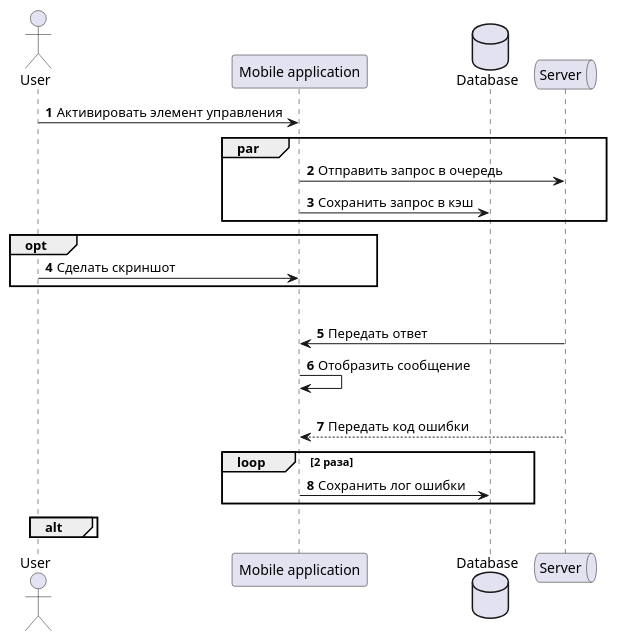
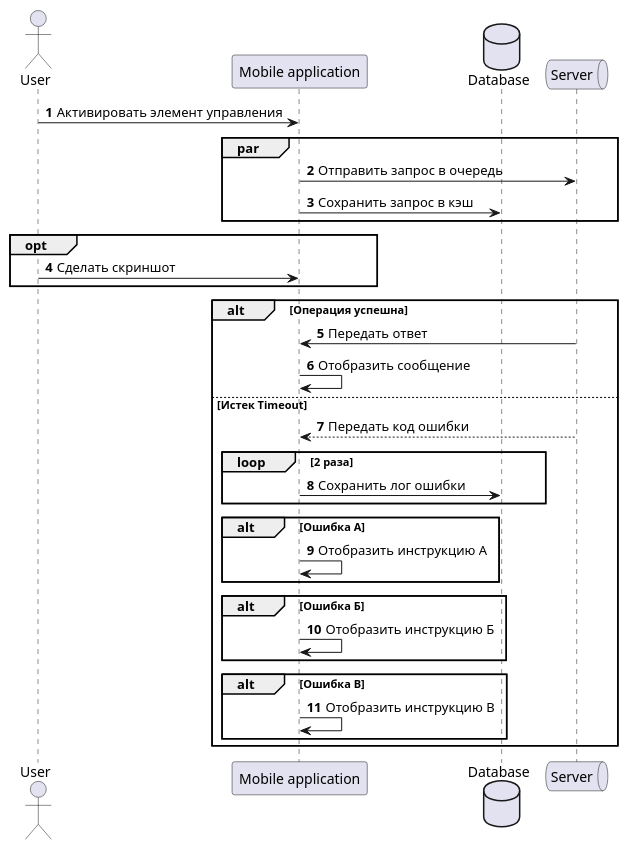
The second of 2 diagrams in Notes/Notes/Системная аналитика/Курсы от нетологии/Раздел 3. Анализ требований/9. Диаграммы деятельности и последовательности.md (PopkovAYu/Notes), drawn with PlantUML before and after one commit.

Commit message:
vault backup: 2024-04-23 17:56:41
Affected files:
Notes/Notes/Системная аналитика/Курсы от нетологии/Раздел 3. Анализ требований/9. Диаграммы деятельности и последовательности.md

````diff
--- a/Notes/Notes/Системная аналитика/Курсы от нетологии/Раздел 3. Анализ требований/9. Диаграммы деятельности и последовательности.md
+++ b/Notes/Notes/Системная аналитика/Курсы от нетологии/Раздел 3. Анализ требований/9. Диаграммы деятельности и последовательности.md
@@ -66,30 +66,38 @@
 ```plantuml
 @startuml
 
 actor User as user
 participant "Mobile application" as app
 database Database as db
 queue Server as server
 
 autonumber
 user -> app : Активировать элемент управления
 par
 	app -> server : Отправить запрос в очередь
 	
 	app -> db : Сохранить запрос в кэш
 end
 opt
 	user -> app : Сделать скриншот
 end
 alt Операция успешна
 	app <- server : Передать ответ
 	app -> app : Отобразить сообщение
 else Истек Timeout
 	app <-- server : Передать код ошибки
 	loop 2 раза
 		app -> db : Сохранить лог ошибки
 	end
-alt
+alt Ошибка А
+	app -> app : Отобразить инструкцию А
+end
+alt Ошибка Б
+	app -> app : Отобразить инструкцию Б
+end
+alt Ошибка В
+	app -> app : Отобразить инструкцию В
+end
 end
 @enduml
 ```
````
